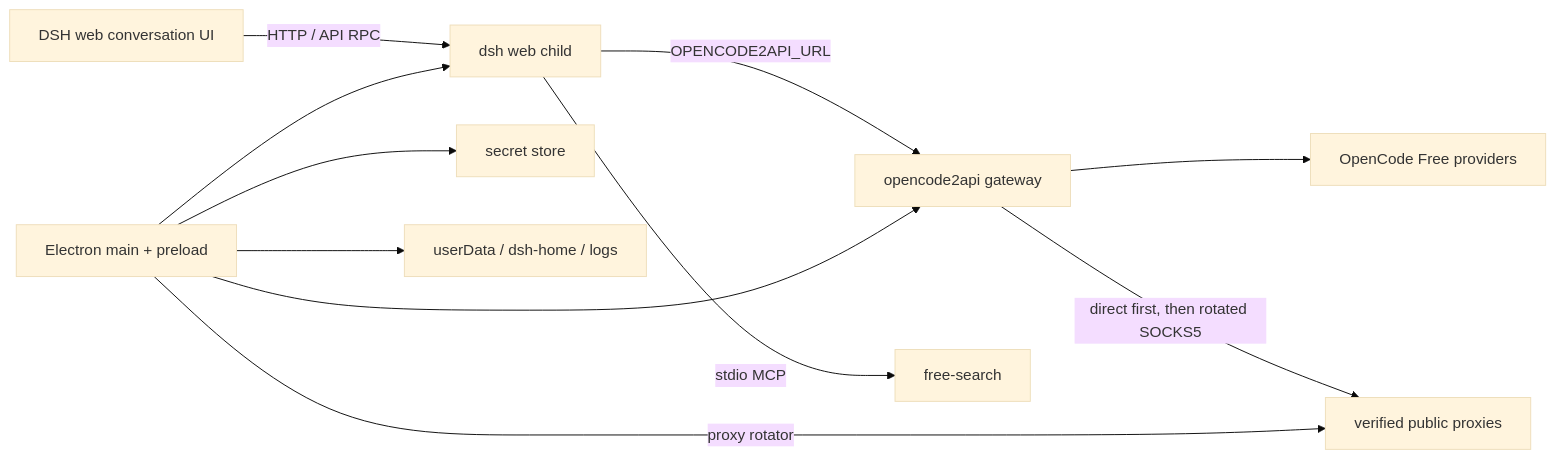
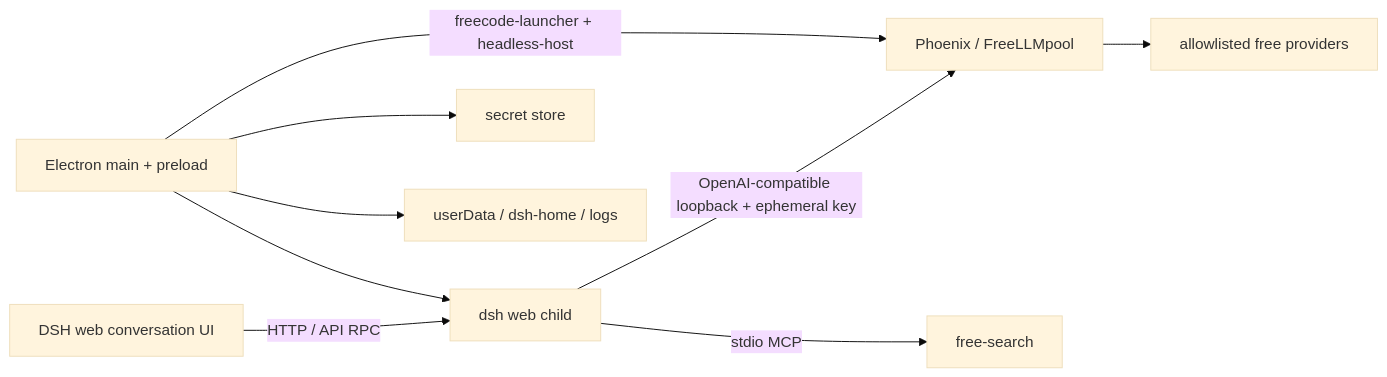
One commit to Akunimal/free-code-deepseek-harness changed the diagram in docs/ARCHITECTURE.md. Above: the diagram before and after it, drawn with Mermaid (base theme). The commit also changed other lines of this file and 17 other files, not shown here.

````diff
--- a/docs/ARCHITECTURE.md
+++ b/docs/ARCHITECTURE.md
@@ -9,13 +13,11 @@
 ```mermaid
 flowchart LR
   UI[DSH web conversation UI] -->|HTTP / API RPC| DSH[dsh web child]
-  DSH -->|OPENCODE2API_URL| GW[opencode2api gateway]
-  GW --> O[OpenCode Free providers]
-  GW -->|direct first, then rotated SOCKS5| PX[verified public proxies]
+  DSH -->|OpenAI-compatible loopback + ephemeral key| GW[Phoenix / FreeLLMpool]
+  GW --> O[allowlisted free providers]
   DSH -->|stdio MCP| SEARCH[free-search]
   SHELL[Electron main + preload] --> DSH
-  SHELL --> GW
-  SHELL -->|proxy rotator| PX
+  SHELL -->|freecode-launcher + headless-host| GW
   SHELL --> VAULT[secret store]
   SHELL --> DATA[userData / dsh-home / logs]
 ```
````
